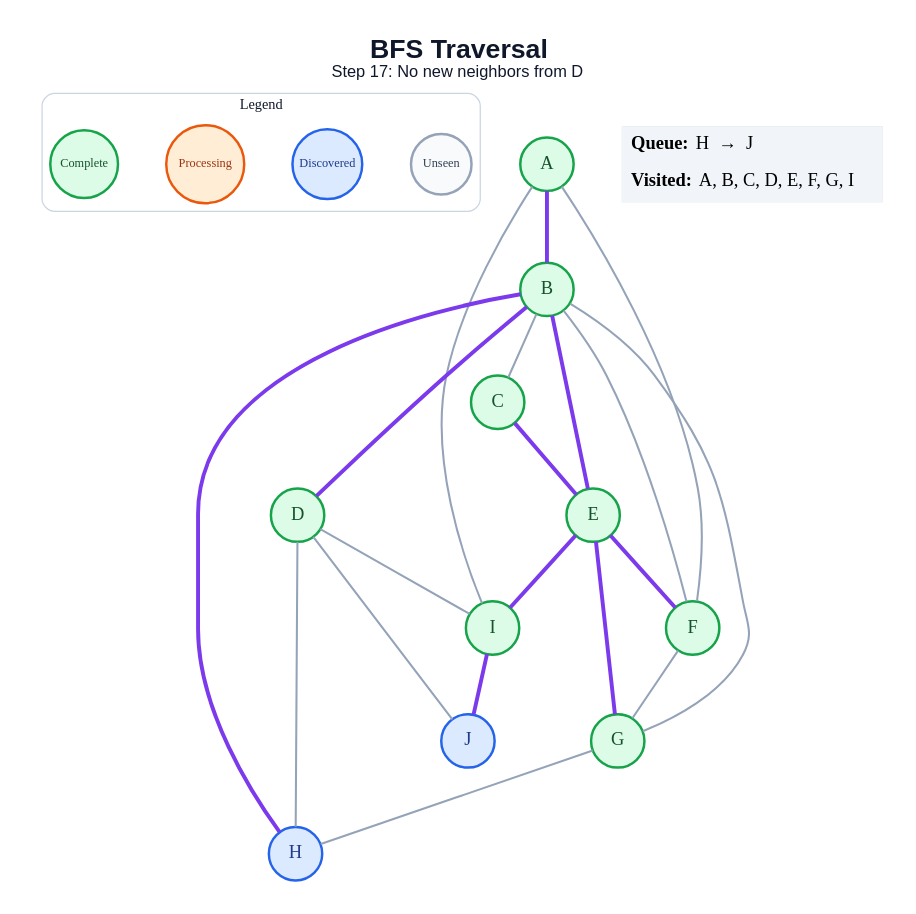
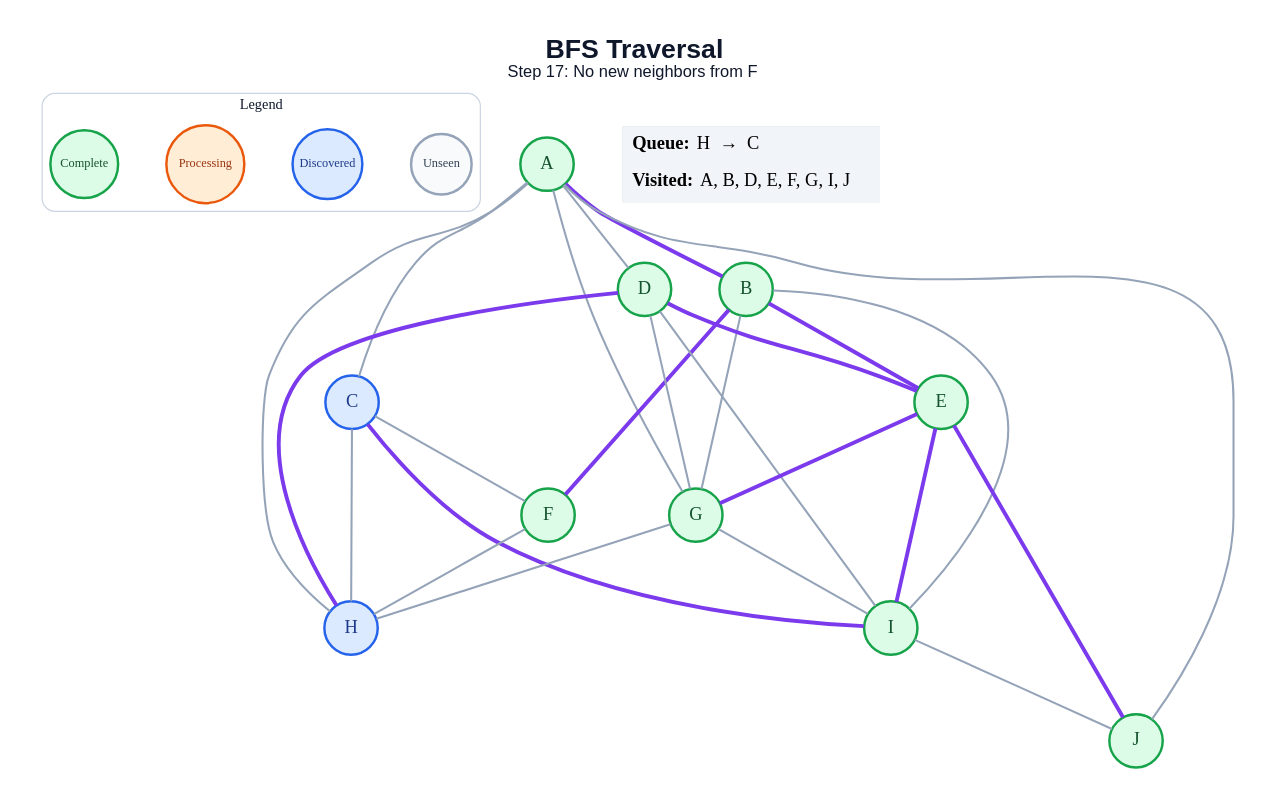
One commit to amanghodawala9/ai-slop changed the diagram in generated/specific-node/bfs/step_17.dot. Above: the diagram before and after it, drawn with Graphviz. The commit also changed 178 other files, not shown here.

```diff
--- a/generated/specific-node/bfs/step_17.dot
+++ b/generated/specific-node/bfs/step_17.dot
@@ -1,48 +1,53 @@
 graph traversal {
   graph [layout=dot, rankdir=TB, bgcolor="#FFFFFF", pad="0.35", nodesep="0.65", ranksep="0.8", fontname="Arial"];
   node [shape=circle, style="filled", fontname="Arial Bold", fontsize=18, width=0.72, fixedsize=true, penwidth=2.4];
   edge [color="#94A3B8", penwidth=2.0];
-  label=<<B>BFS Traversal</B><BR/><FONT POINT-SIZE="16">Step 17: No new neighbors from D</FONT>>; labelloc="t"; fontsize=26; fontname="Arial"; fontcolor="#0F172A";
+  label=<<B>BFS Traversal</B><BR/><FONT POINT-SIZE="16">Step 17: No new neighbors from F</FONT>>; labelloc="t"; fontsize=26; fontname="Arial"; fontcolor="#0F172A";
   subgraph cluster_legend { label="Legend"; color="#CBD5E1"; penwidth=1.2; style="rounded"; fontsize=14; fontname="Arial Bold";
     key_unseen [label="Unseen", fillcolor="#F8FAFC", color="#94A3B8", fontcolor="#334155", fontsize=12, width=0.82];
     key_frontier [label="Discovered", fillcolor="#DBEAFE", color="#2563EB", fontcolor="#1E3A8A", fontsize=12, width=0.95];
     key_current [label="Processing", fillcolor="#FFEDD5", color="#EA580C", fontcolor="#9A3412", fontsize=12, width=1.05];
     key_done [label="Complete", fillcolor="#DCFCE7", color="#16A34A", fontcolor="#14532D", fontsize=12, width=0.92];
     { rank=same; key_unseen; key_frontier; key_current; key_done; }
   }
   A [fillcolor="#DCFCE7", color="#16A34A", fontcolor="#14532D"];
   B [fillcolor="#DCFCE7", color="#16A34A", fontcolor="#14532D"];
-  C [fillcolor="#DCFCE7", color="#16A34A", fontcolor="#14532D"];
+  C [fillcolor="#DBEAFE", color="#2563EB", fontcolor="#1E3A8A"];
   D [fillcolor="#DCFCE7", color="#16A34A", fontcolor="#14532D"];
   E [fillcolor="#DCFCE7", color="#16A34A", fontcolor="#14532D"];
   F [fillcolor="#DCFCE7", color="#16A34A", fontcolor="#14532D"];
   G [fillcolor="#DCFCE7", color="#16A34A", fontcolor="#14532D"];
   H [fillcolor="#DBEAFE", color="#2563EB", fontcolor="#1E3A8A"];
   I [fillcolor="#DCFCE7", color="#16A34A", fontcolor="#14532D"];
-  J [fillcolor="#DBEAFE", color="#2563EB", fontcolor="#1E3A8A"];
+  J [fillcolor="#DCFCE7", color="#16A34A", fontcolor="#14532D"];
   A -- B [color="#7C3AED", penwidth=3.8];
-  A -- F;
-  A -- I;
-  B -- C;
-  B -- D [color="#7C3AED", penwidth=3.8];
+  A -- C;
+  A -- D;
+  A -- G;
+  A -- H;
+  A -- J;
   B -- E [color="#7C3AED", penwidth=3.8];
-  B -- F;
+  B -- F [color="#7C3AED", penwidth=3.8];
   B -- G;
-  B -- H [color="#7C3AED", penwidth=3.8];
-  C -- E [color="#7C3AED", penwidth=3.8];
-  D -- H;
+  B -- I;
+  C -- F;
+  C -- H;
+  C -- I [color="#7C3AED", penwidth=3.8];
+  D -- E [color="#7C3AED", penwidth=3.8];
+  D -- G;
+  D -- H [color="#7C3AED", penwidth=3.8];
   D -- I;
-  D -- J;
-  E -- F [color="#7C3AED", penwidth=3.8];
   E -- G [color="#7C3AED", penwidth=3.8];
   E -- I [color="#7C3AED", penwidth=3.8];
-  F -- G;
+  E -- J [color="#7C3AED", penwidth=3.8];
+  F -- H;
   G -- H;
-  I -- J [color="#7C3AED", penwidth=3.8];
+  G -- I;
+  I -- J;
   status [shape=plain, fixedsize=false, width=0, height=0, margin=0, label=<
     <TABLE BORDER="0" CELLBORDER="0" CELLPADDING="7" BGCOLOR="#F1F5F9">
-      <TR><TD ALIGN="LEFT"><B>Queue:</B> H  →  J</TD></TR>
-      <TR><TD ALIGN="LEFT"><B>Visited:</B> A, B, C, D, E, F, G, I</TD></TR>
+      <TR><TD ALIGN="LEFT"><B>Queue:</B> H  →  C</TD></TR>
+      <TR><TD ALIGN="LEFT"><B>Visited:</B> A, B, D, E, F, G, I, J</TD></TR>
     </TABLE>
   >];
 }
```
